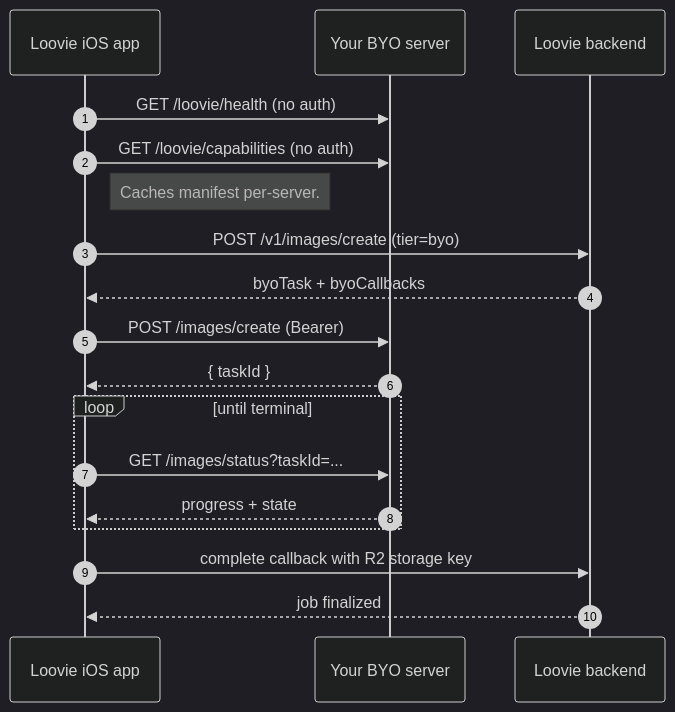
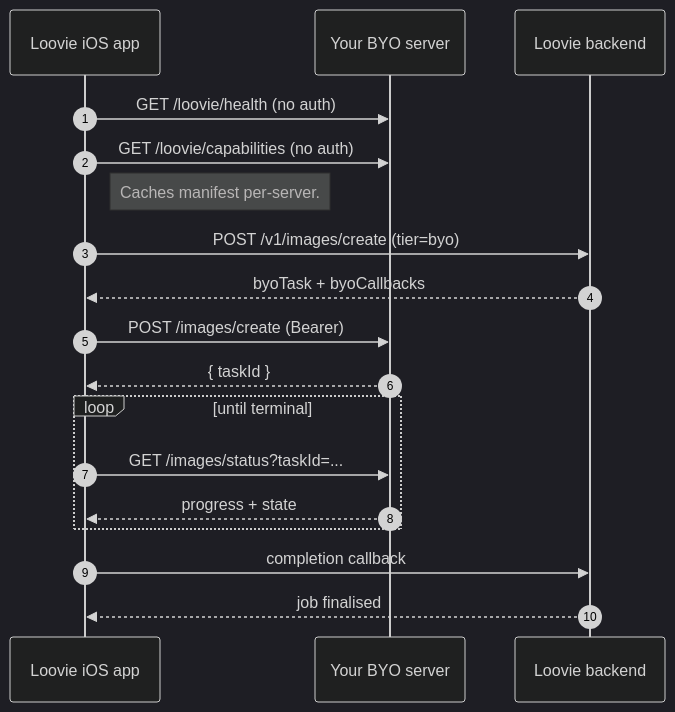
The diagram in docs/90-the-contract.md (looviehq/loovie-community), drawn with Mermaid (dark theme) before and after one commit. The commit also changed other lines of this file and 47 other files, not shown here.

````diff
--- a/docs/90-the-contract.md
+++ b/docs/90-the-contract.md
@@ -9,21 +9,21 @@
 ```mermaid
 sequenceDiagram
   autonumber
   participant App as Loovie iOS app
   participant Srv as Your BYO server
   participant API as Loovie backend
 
   App->>Srv: GET /loovie/health (no auth)
   App->>Srv: GET /loovie/capabilities (no auth)
   Note right of App: Caches manifest per-server.
   App->>API: POST /v1/images/create (tier=byo)
   API-->>App: byoTask + byoCallbacks
   App->>Srv: POST /images/create (Bearer)
   Srv-->>App: { taskId }
   loop until terminal
     App->>Srv: GET /images/status?taskId=...
     Srv-->>App: progress + state
   end
-  App->>API: complete callback with R2 storage key
-  API-->>App: job finalized
+  App->>API: completion callback
+  API-->>App: job finalised
 ```
````
